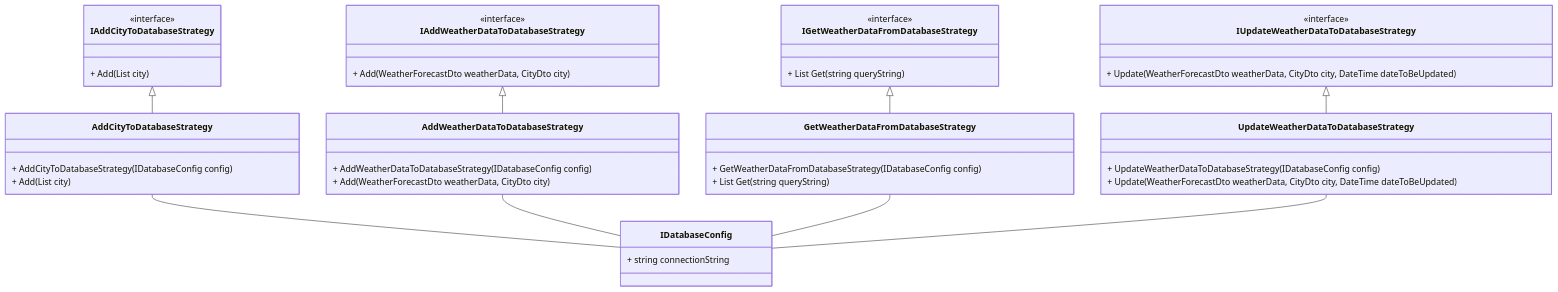
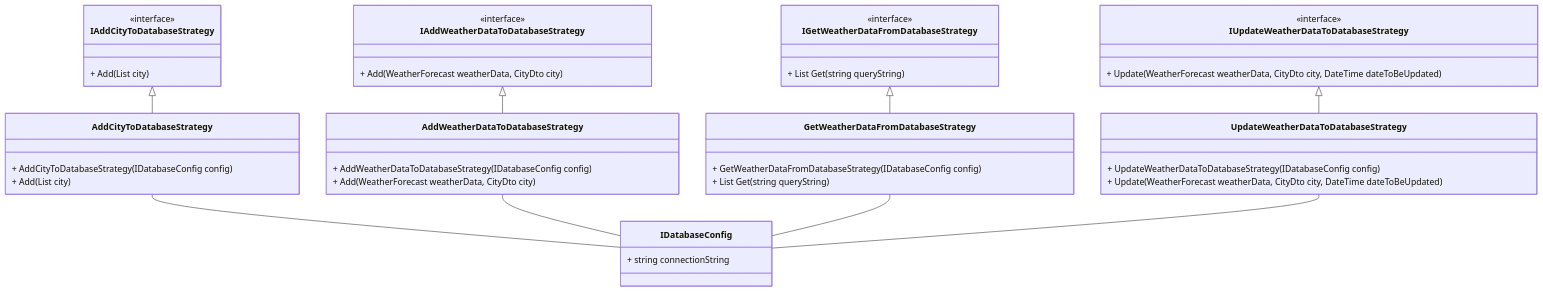
One commit to danhalvorsen/WeatherSummary changed the diagram in WeatherWebAPI/WeatherWebAPI/WeatherWebAPI/Factory/SqlDesign.md. Above: the diagram before and after it, drawn with Mermaid. The commit also changed 54 other files, not shown here.

Commit message:
Add WeatherForecastContract - Added Mapping between the data fetched and data sent to frontend (dto) - Modified a bunch of code because of this change. - Now we have the classes WeatherForecast and WeatherForecastDto, Scores and ScoresDto

````diff
--- a/WeatherWebAPI/WeatherWebAPI/WeatherWebAPI/Factory/SqlDesign.md
+++ b/WeatherWebAPI/WeatherWebAPI/WeatherWebAPI/Factory/SqlDesign.md
@@ -1,68 +1,68 @@
 ```mermaid
     classDiagram
     
     class IDatabaseConfig {
         + string connectionString
     }
     AddCityToDatabaseStrategy -- IDatabaseConfig
     AddWeatherDataToDatabaseStrategy -- IDatabaseConfig
     GetWeatherDataFromDatabaseStrategy -- IDatabaseConfig
     UpdateWeatherDataToDatabaseStrategy -- IDatabaseConfig
 
 
     class IAddCityToDatabaseStrategy {
         <<interface>>
 
         + Add(List<CityDto> city)
     }
     IAddCityToDatabaseStrategy <|-- AddCityToDatabaseStrategy
 
 
     class AddCityToDatabaseStrategy {
         + AddCityToDatabaseStrategy(IDatabaseConfig config)
         + Add(List<CityDto> city)
     }
 
 
     class IAddWeatherDataToDatabaseStrategy {
         <<interface>>
 
-        + Add(WeatherForecastDto weatherData, CityDto city)
+        + Add(WeatherForecast weatherData, CityDto city)
     }
     IAddWeatherDataToDatabaseStrategy <|-- AddWeatherDataToDatabaseStrategy
 
 
     class AddWeatherDataToDatabaseStrategy {
         + AddWeatherDataToDatabaseStrategy(IDatabaseConfig config)
-        + Add(WeatherForecastDto weatherData, CityDto city)
+        + Add(WeatherForecast weatherData, CityDto city)
     }
 
 
     class IGetWeatherDataFromDatabaseStrategy {
         <<interface>>
 
-        + List<WeatherForecastDto> Get(string queryString)
+        + List<WeatherForecast> Get(string queryString)
     }
     IGetWeatherDataFromDatabaseStrategy <|-- GetWeatherDataFromDatabaseStrategy
 
 
     class GetWeatherDataFromDatabaseStrategy {
         + GetWeatherDataFromDatabaseStrategy(IDatabaseConfig config)
-        + List<WeatherForecastDto> Get(string queryString)
+        + List<WeatherForecast> Get(string queryString)
     }
 
 
     class IUpdateWeatherDataToDatabaseStrategy {
         <<interface>>
 
-        + Update(WeatherForecastDto weatherData, CityDto city, DateTime dateToBeUpdated)
+        + Update(WeatherForecast weatherData, CityDto city, DateTime dateToBeUpdated)
     }
     IUpdateWeatherDataToDatabaseStrategy <|-- UpdateWeatherDataToDatabaseStrategy
 
 
     class UpdateWeatherDataToDatabaseStrategy {
         + UpdateWeatherDataToDatabaseStrategy(IDatabaseConfig config)
-        + Update(WeatherForecastDto weatherData, CityDto city, DateTime dateToBeUpdated)
+        + Update(WeatherForecast weatherData, CityDto city, DateTime dateToBeUpdated)
     }
     
  ```
````
